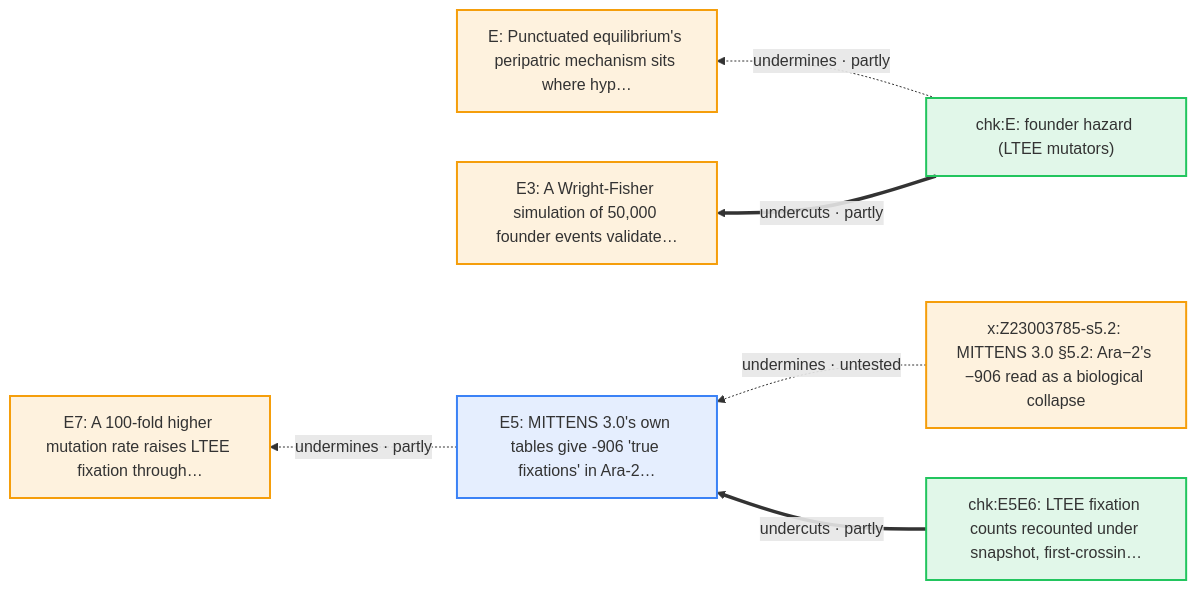
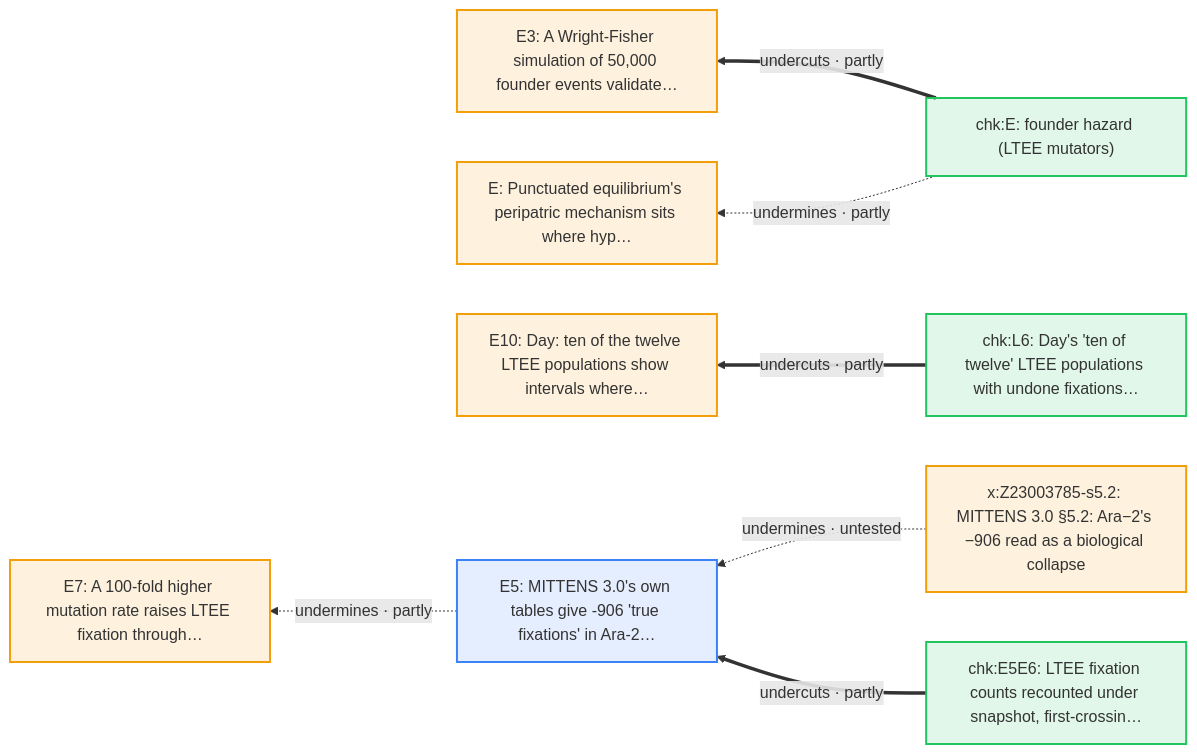
Diagram 11 of 20 in docs/arguments/defeaters.md (nickallevato/evo-sim), drawn with Mermaid before and after one commit. The commit also changed other lines of this file and 37 other files, not shown here.

````diff
--- a/docs/arguments/defeaters.md
+++ b/docs/arguments/defeaters.md
@@ -605,20 +614,23 @@
 ```mermaid
 flowchart RL
   classDef day fill:#f59e0b22,stroke:#f59e0b,stroke-width:2px
   classDef ally fill:#d9770622,stroke:#d97706,stroke-width:2px
   classDef critic fill:#3b82f622,stroke:#3b82f6,stroke-width:2px
   classDef literature fill:#a3a3a322,stroke:#a3a3a3,stroke-width:2px
   classDef audit fill:#22c55e22,stroke:#22c55e,stroke-width:2px
   E["E: Punctuated equilibrium's peripatric mechanism sits where hyp…"]:::day
+  E10["E10: Day: ten of the twelve LTEE populations show intervals where…"]:::day
   E3["E3: A Wright-Fisher simulation of 50,000 founder events validate…"]:::day
   E5["E5: MITTENS 3.0's own tables give -906 'true fixations' in Ara-2…"]:::critic
   E7["E7: A 100-fold higher mutation rate raises LTEE fixation through…"]:::day
   chk_E["chk:E: founder hazard (LTEE mutators)"]:::audit
   chk_E5E6["chk:E5E6: LTEE fixation counts recounted under snapshot, first-crossin…"]:::audit
+  chk_L6["chk:L6: Day's 'ten of twelve' LTEE populations with undone fixations…"]:::audit
   x_Z23003785_s5_2["x:Z23003785-s5.2: MITTENS 3.0 §5.2: Ara−2's −906 read as a biological collapse"]:::day
+  chk_L6 ==>|"undercuts · partly"| E10
   x_Z23003785_s5_2 -.->|"undermines · untested"| E5
   chk_E5E6 ==>|"undercuts · partly"| E5
   chk_E ==>|"undercuts · partly"| E3
   E5 -.->|"undermines · partly"| E7
   chk_E -.->|"undermines · partly"| E
 ```
````
